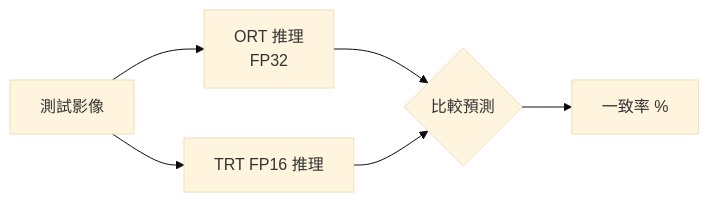
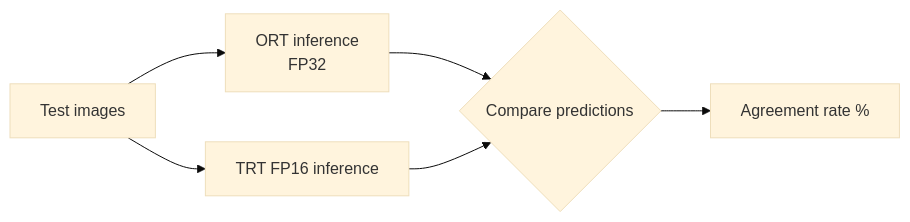
One commit to wizardhsiehcom/tensorrt changed the second of 2 diagrams in book/src/benchmark/results.md. Above: the diagram before and after it, drawn with Mermaid (base theme). The commit also changed other lines of this file and 14 other files, not shown here.

````diff
--- a/book/src/benchmark/results.md
+++ b/book/src/benchmark/results.md
@@ -34,8 +52,8 @@
 ```mermaid
 flowchart LR
-    IMG[測試影像] --> ORT[ORT 推理<br/>FP32]
-    IMG --> TRT[TRT FP16 推理]
-    ORT --> CMP{比較預測}
+    IMG["Test images"] --> ORT["ORT inference\nFP32"]
+    IMG --> TRT["TRT FP16 inference"]
+    ORT --> CMP{"Compare predictions"}
     TRT --> CMP
-    CMP --> ACC[一致率 %]
+    CMP --> ACC["Agreement rate %"]
 ```
````
